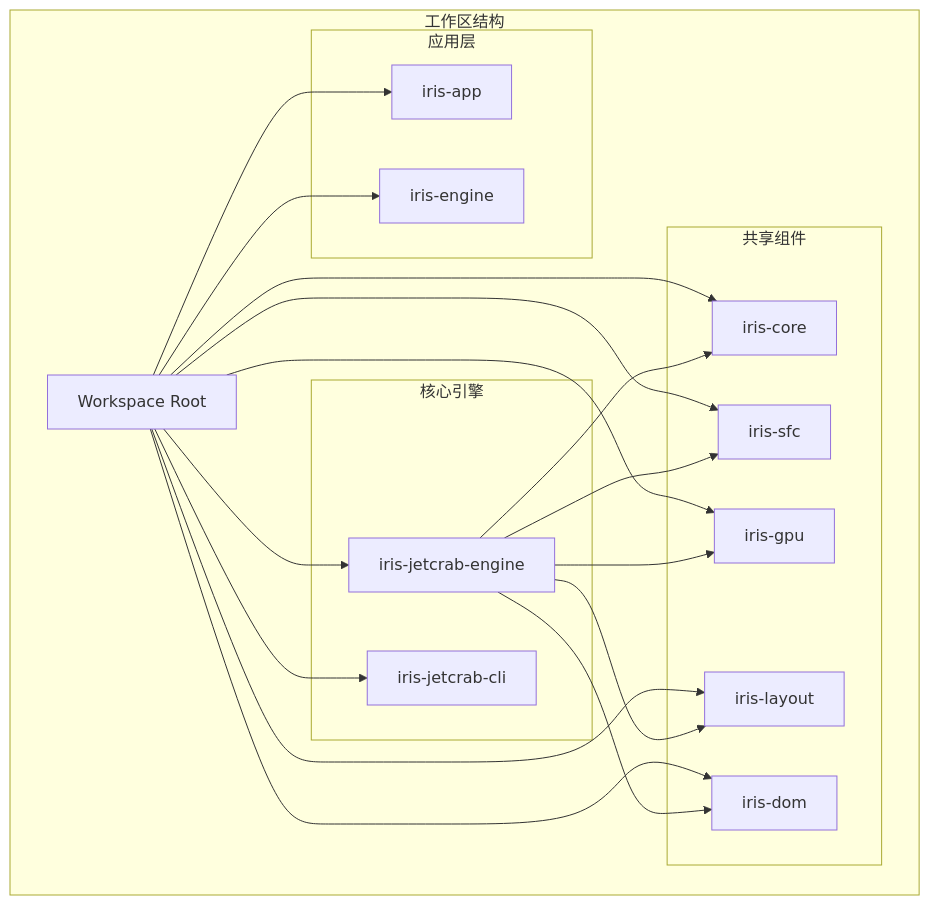
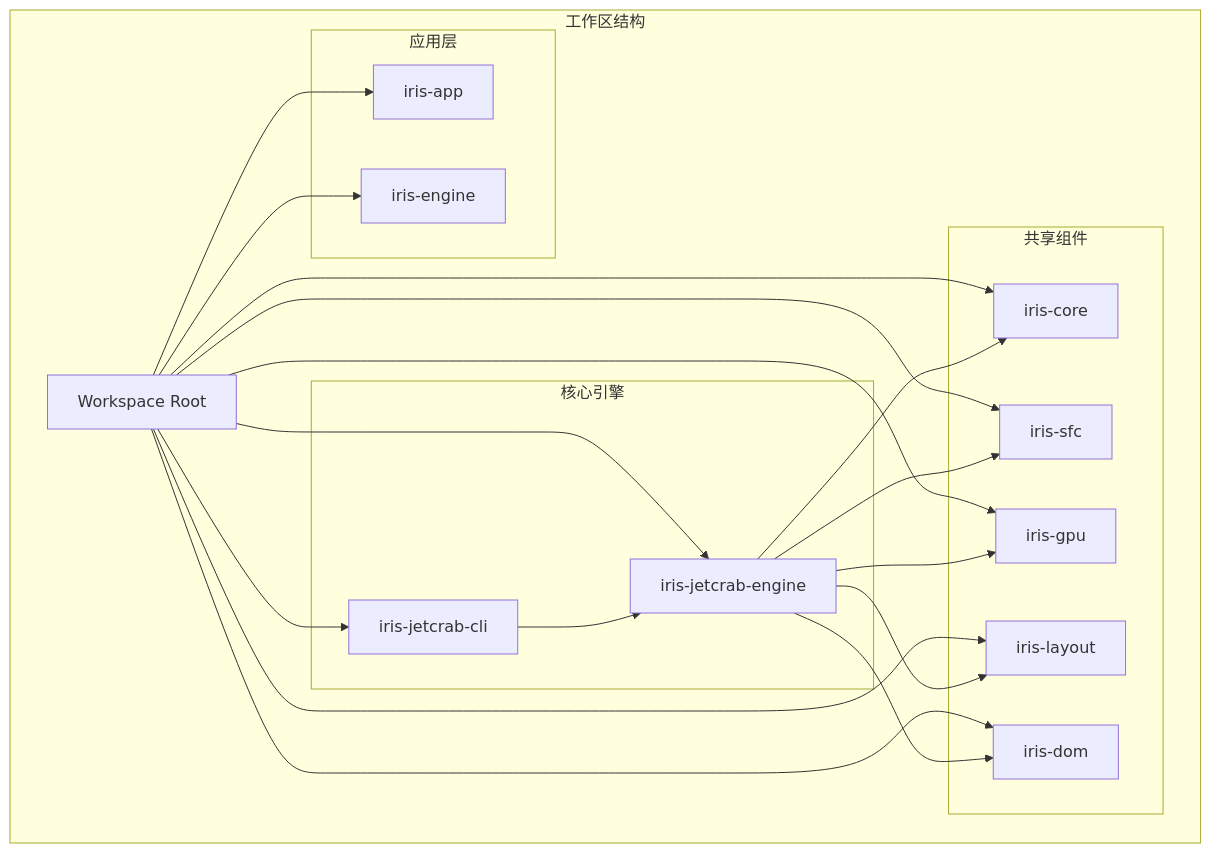
One commit to itszzl-sudo/iris changed the first of 13 diagrams in .qoder/repowiki/zh/content/核心功能特性/依赖树管理功能文档.md. Above: the diagram before and after it, drawn with Mermaid. The commit also changed other lines of this file and 17 other files, not shown here.

````diff
--- a/.qoder/repowiki/zh/content/核心功能特性/依赖树管理功能文档.md
+++ b/.qoder/repowiki/zh/content/核心功能特性/依赖树管理功能文档.md
@@ -64,35 +64,36 @@
 ```mermaid
 graph TB
 subgraph "工作区结构"
 WS[Workspace Root]
 subgraph "核心引擎"
 JEE[iris-jetcrab-engine]
 JEC[iris-jetcrab-cli]
 end
 subgraph "共享组件"
 CORE[iris-core]
 SFC[iris-sfc]
 GPU[iris-gpu]
 LAYOUT[iris-layout]
 DOM[iris-dom]
 end
 subgraph "应用层"
 APP[iris-app]
 ENGINE[iris-engine]
 end
 end
 WS --> JEE
 WS --> JEC
 WS --> CORE
 WS --> SFC
 WS --> GPU
 WS --> LAYOUT
 WS --> DOM
 WS --> APP
 WS --> ENGINE
 JEE --> CORE
 JEE --> SFC
 JEE --> GPU
 JEE --> LAYOUT
 JEE --> DOM
+JEC --> JEE
 ```
````
